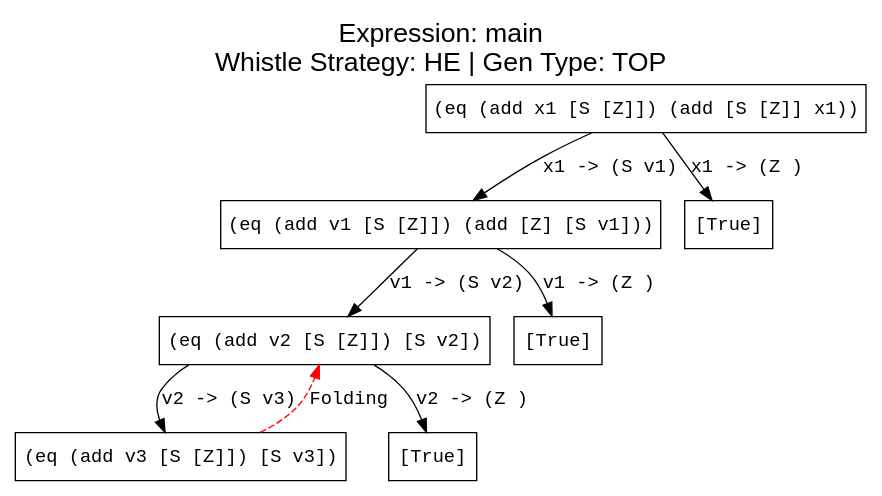
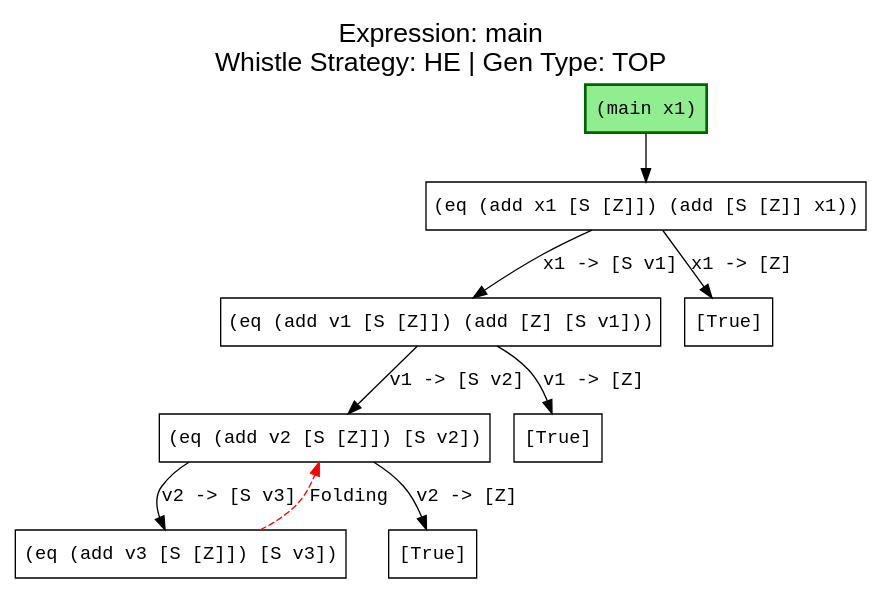
Before and after one commit to makezh/coursework_supercompiler: the diagram in output/commute/he.dot, drawn with Graphviz. The commit also changed 20 other files, not shown here.

```diff
--- a/output/commute/he.dot
+++ b/output/commute/he.dot
@@ -1,23 +1,25 @@
 digraph ProcessTree {
   label="Expression: main\nWhistle Strategy: HE | Gen Type: TOP";
   labelloc="t";
   fontsize=20;
   fontname="Arial";
 
     node [fontname="Courier New"];
     edge [fontname="Courier New"];
+    start [label="(main x1)", shape=box, style="filled", fillcolor="lightgreen", color="darkgreen", penwidth=2.0];
+    start -> n0 [];
     n0 [label="(eq (add x1 [S [Z]]) (add [S [Z]] x1))", shape=box];
-    n0 -> n1 [label="x1 -> (S v1)"];
-    n0 -> n2 [label="x1 -> (Z )"];
+    n0 -> n1 [label="x1 -> [S v1]"];
+    n0 -> n2 [label="x1 -> [Z]"];
     n1 [label="(eq (add v1 [S [Z]]) (add [Z] [S v1]))", shape=box];
-    n1 -> n3 [label="v1 -> (S v2)"];
-    n1 -> n4 [label="v1 -> (Z )"];
+    n1 -> n3 [label="v1 -> [S v2]"];
+    n1 -> n4 [label="v1 -> [Z]"];
     n2 [label="[True]", shape=box];
     n3 [label="(eq (add v2 [S [Z]]) [S v2])", shape=box];
-    n3 -> n5 [label="v2 -> (S v3)"];
-    n3 -> n6 [label="v2 -> (Z )"];
+    n3 -> n5 [label="v2 -> [S v3]"];
+    n3 -> n6 [label="v2 -> [Z]"];
     n4 [label="[True]", shape=box];
     n5 [label="(eq (add v3 [S [Z]]) [S v3])", shape=box];
     n5 -> n3 [style=dashed, color=red, label="Folding"];
     n6 [label="[True]", shape=box];
 }
```
